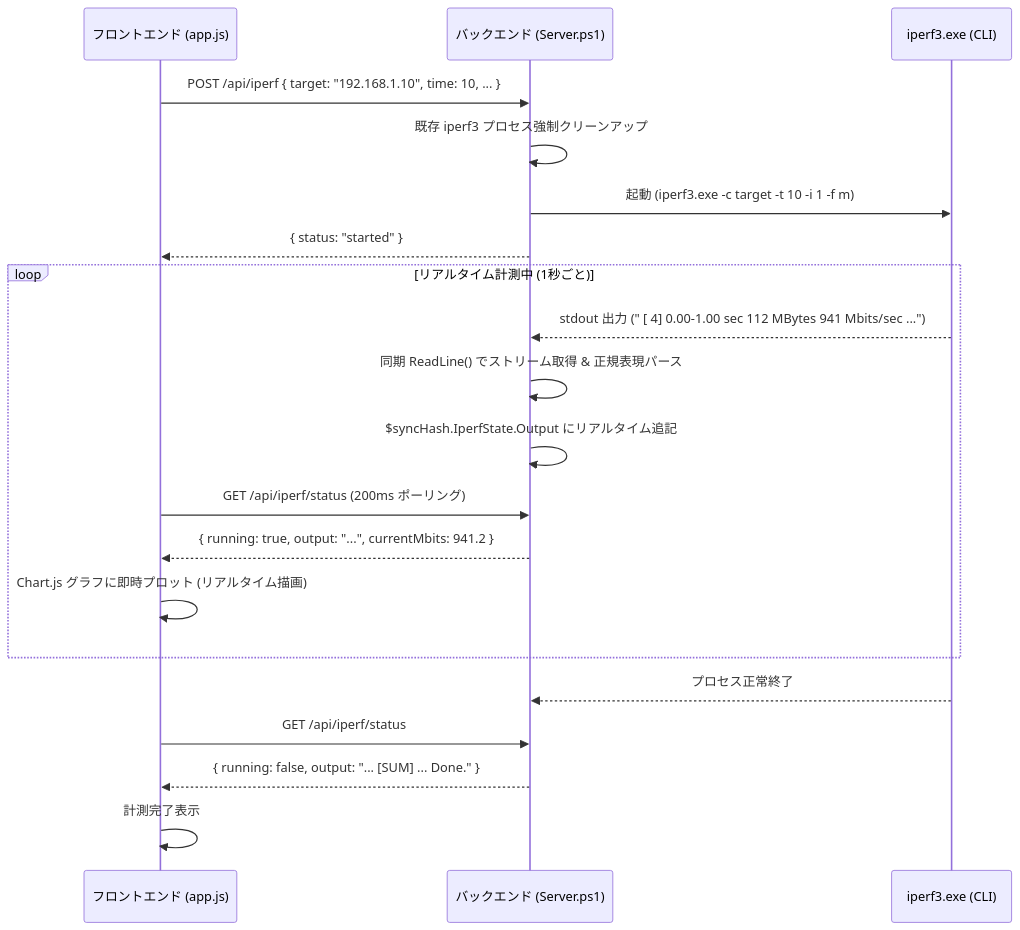
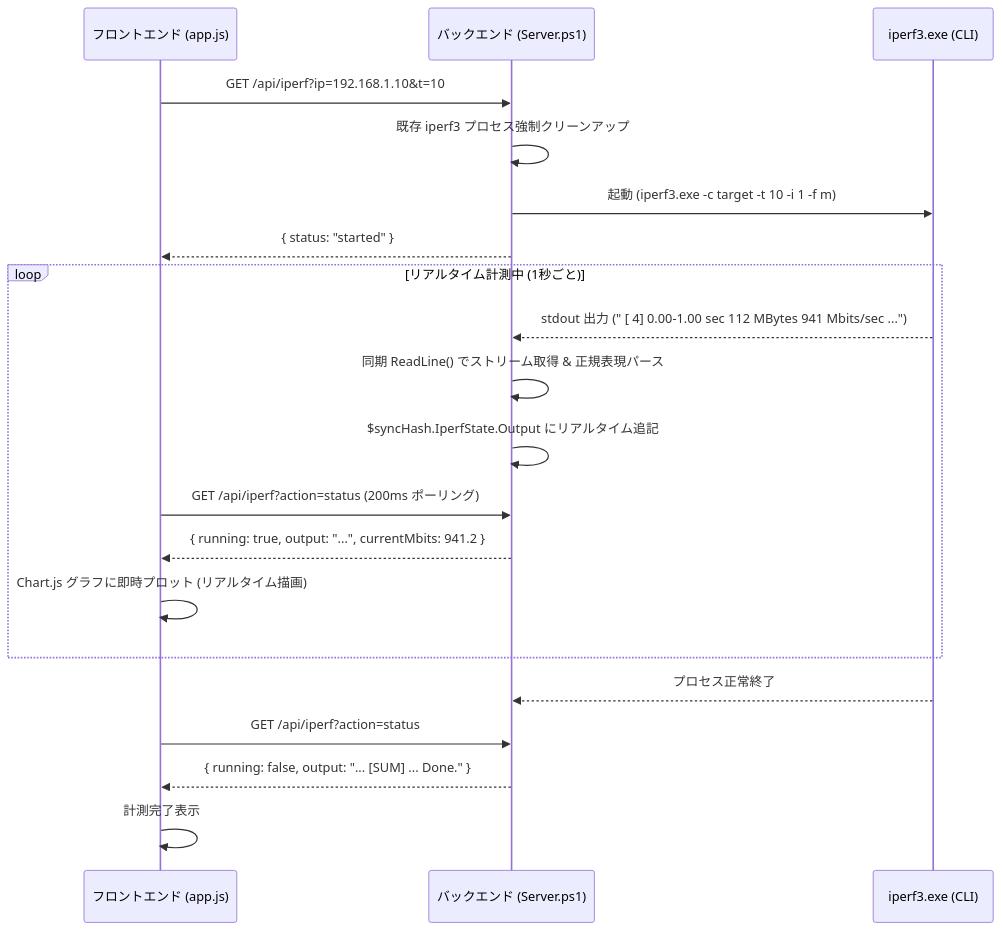
Before and after one commit to Shuntaro1996/network-device-monitor: the sixth of 10 diagrams in system/SPECIFICATION.md, drawn with Mermaid. The commit also changed other lines of this file and 6 other files, not shown here.

````diff
--- a/system/SPECIFICATION.md
+++ b/system/SPECIFICATION.md
@@ -517,25 +517,25 @@
 ```mermaid
 sequenceDiagram
     participant Browser as フロントエンド (app.js)
     participant Server as バックエンド (Server.ps1)
     participant Process as iperf3.exe (CLI)
 
-    Browser->>Server: POST /api/iperf { target: "192.168.1.10", time: 10, ... }
+    Browser->>Server: GET /api/iperf?ip=192.168.1.10&t=10
     Server->>Server: 既存 iperf3 プロセス強制クリーンアップ
     Server->>Process: 起動 (iperf3.exe -c target -t 10 -i 1 -f m)
     Server-->>Browser: { status: "started" }
 
     loop リアルタイム計測中 (1秒ごと)
         Process-->>Server: stdout 出力 (" [ 4] 0.00-1.00 sec 112 MBytes 941 Mbits/sec ...")
         Server->>Server: 同期 ReadLine() でストリーム取得 & 正規表現パース
         Server->>Server: $syncHash.IperfState.Output にリアルタイム追記
-        Browser->>Server: GET /api/iperf/status (200ms ポーリング)
+        Browser->>Server: GET /api/iperf?action=status (200ms ポーリング)
         Server-->>Browser: { running: true, output: "...", currentMbits: 941.2 }
         Browser->>Browser: Chart.js グラフに即時プロット (リアルタイム描画)
     end
 
     Process-->>Server: プロセス正常終了
-    Browser->>Server: GET /api/iperf/status
+    Browser->>Server: GET /api/iperf?action=status
     Server-->>Browser: { running: false, output: "... [SUM] ... Done." }
     Browser->>Browser: 計測完了表示
 ```
````
